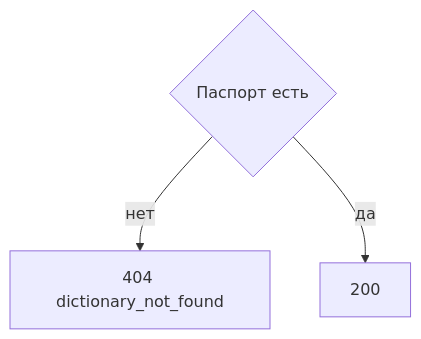
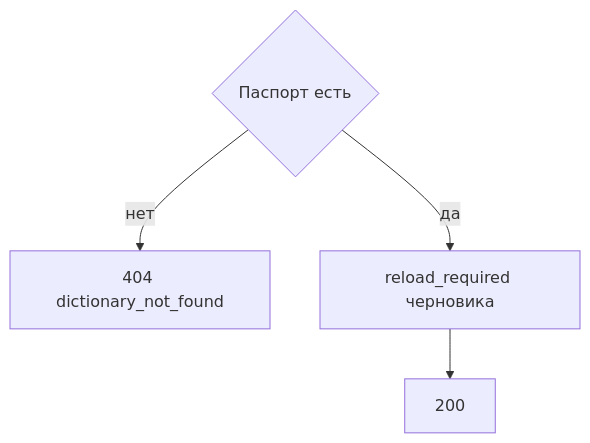
One commit to StrannikE95/reference_data changed the diagram in docs/1. functional/specification/v2 - 1 таблица/api/management.api/DataController/get_dictionary.md. Above: the diagram before and after it, drawn with Mermaid. The commit also changed other lines of this file and 6 other files, not shown here.

````diff
--- a/docs/1. functional/specification/v2 - 1 таблица/api/management.api/DataController/get_dictionary.md
+++ b/docs/1. functional/specification/v2 - 1 таблица/api/management.api/DataController/get_dictionary.md
@@ -54,5 +60,6 @@
 ```mermaid
 flowchart TD
   found{"Паспорт есть"} -->|нет| miss["404 dictionary_not_found"]
-  found -->|да| ok["200"]
+  found -->|да| flag["reload_required черновика"]
+  flag --> ok["200"]
 ```
````
